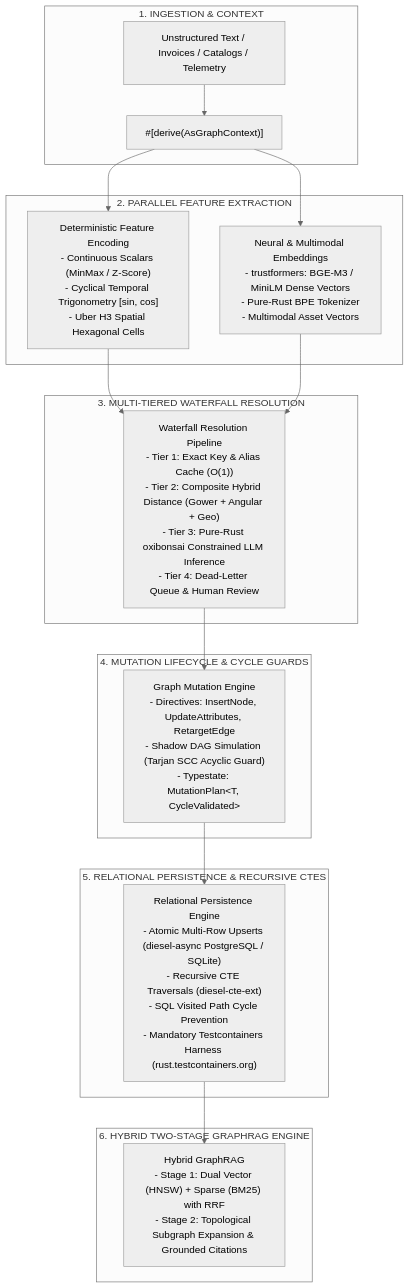
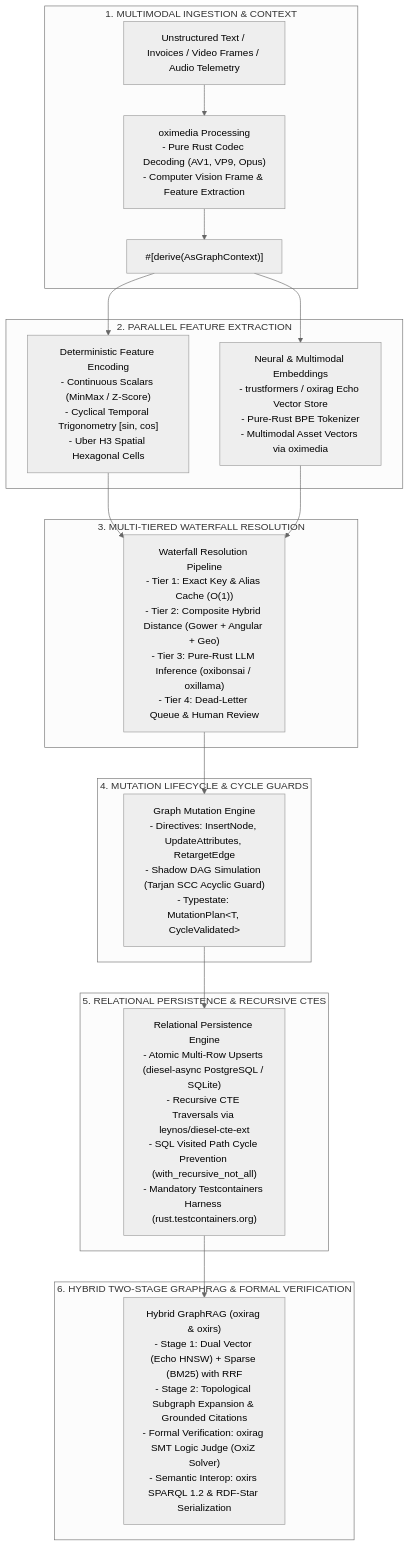
The diagram in doc/00_MASTER_SPECIFICATIONS.md (yasuomaidana/embedag), drawn with Mermaid (neutral theme) before and after one commit. The commit also changed other lines of this file and 12 other files, not shown here.

Commit message:
feat: enhance documentation for extraction schemas and retrieval architecture

````diff
--- a/doc/00_MASTER_SPECIFICATIONS.md
+++ b/doc/00_MASTER_SPECIFICATIONS.md
@@ -37,27 +40,28 @@
 ```mermaid
 flowchart TD
-    subgraph Ingestion ["1. INGESTION & CONTEXT"]
-        Raw["Unstructured Text / Invoices / Catalogs / Telemetry"] --> Derive["#[derive(AsGraphContext)]"]
+    subgraph Ingestion ["1. MULTIMODAL INGESTION & CONTEXT"]
+        Raw["Unstructured Text / Invoices / Video Frames / Audio Telemetry"] --> Media["oximedia Processing<br/>- Pure Rust Codec Decoding (AV1, VP9, Opus)<br/>- Computer Vision Frame & Feature Extraction"]
+        Media --> Derive["#[derive(AsGraphContext)]"]
     end
 
     subgraph Encoders ["2. PARALLEL FEATURE EXTRACTION"]
         Derive --> Det["Deterministic Feature Encoding<br/>- Continuous Scalars (MinMax / Z-Score)<br/>- Cyclical Temporal Trigonometry [sin, cos]<br/>- Uber H3 Spatial Hexagonal Cells"]
-        Derive --> Neural["Neural & Multimodal Embeddings<br/>- trustformers: BGE-M3 / MiniLM Dense Vectors<br/>- Pure-Rust BPE Tokenizer<br/>- Multimodal Asset Vectors"]
+        Derive --> Neural["Neural & Multimodal Embeddings<br/>- trustformers / oxirag Echo Vector Store<br/>- Pure-Rust BPE Tokenizer<br/>- Multimodal Asset Vectors via oximedia"]
     end
 
     subgraph Resolution ["3. MULTI-TIERED WATERFALL RESOLUTION"]
-        Det & Neural --> Tiers["Waterfall Resolution Pipeline<br/>- Tier 1: Exact Key & Alias Cache (O(1))<br/>- Tier 2: Composite Hybrid Distance (Gower + Angular + Geo)<br/>- Tier 3: Pure-Rust oxibonsai Constrained LLM Inference<br/>- Tier 4: Dead-Letter Queue & Human Review"]
+        Det & Neural --> Tiers["Waterfall Resolution Pipeline<br/>- Tier 1: Exact Key & Alias Cache (O(1))<br/>- Tier 2: Composite Hybrid Distance (Gower + Angular + Geo)<br/>- Tier 3: Pure-Rust LLM Inference (oxibonsai / oxillama)<br/>- Tier 4: Dead-Letter Queue & Human Review"]
     end
 
     subgraph Mutation ["4. MUTATION LIFECYCLE & CYCLE GUARDS"]
         Tiers --> Mut["Graph Mutation Engine<br/>- Directives: InsertNode, UpdateAttributes, RetargetEdge<br/>- Shadow DAG Simulation (Tarjan SCC Acyclic Guard)<br/>- Typestate: MutationPlan&lt;T, CycleValidated&gt;"]
     end
 
     subgraph Persistence ["5. RELATIONAL PERSISTENCE & RECURSIVE CTES"]
-        Mut --> DB["Relational Persistence Engine<br/>- Atomic Multi-Row Upserts (diesel-async PostgreSQL / SQLite)<br/>- Recursive CTE Traversals (diesel-cte-ext)<br/>- SQL Visited Path Cycle Prevention<br/>- Mandatory Testcontainers Harness (rust.testcontainers.org)"]
+        Mut --> DB["Relational Persistence Engine<br/>- Atomic Multi-Row Upserts (diesel-async PostgreSQL / SQLite)<br/>- Recursive CTE Traversals via leynos/diesel-cte-ext<br/>- SQL Visited Path Cycle Prevention (with_recursive_not_all)<br/>- Mandatory Testcontainers Harness (rust.testcontainers.org)"]
     end
 
-    subgraph GraphRAG ["6. HYBRID TWO-STAGE GRAPHRAG ENGINE"]
-        DB --> RAG["Hybrid GraphRAG<br/>- Stage 1: Dual Vector (HNSW) + Sparse (BM25) with RRF<br/>- Stage 2: Topological Subgraph Expansion & Grounded Citations"]
+    subgraph GraphRAG ["6. HYBRID TWO-STAGE GRAPHRAG & FORMAL VERIFICATION"]
+        DB --> RAG["Hybrid GraphRAG (oxirag & oxirs)<br/>- Stage 1: Dual Vector (Echo HNSW) + Sparse (BM25) with RRF<br/>- Stage 2: Topological Subgraph Expansion & Grounded Citations<br/>- Formal Verification: oxirag SMT Logic Judge (OxiZ Solver)<br/>- Semantic Interop: oxirs SPARQL 1.2 & RDF-Star Serialization"]
     end
 ```
````
